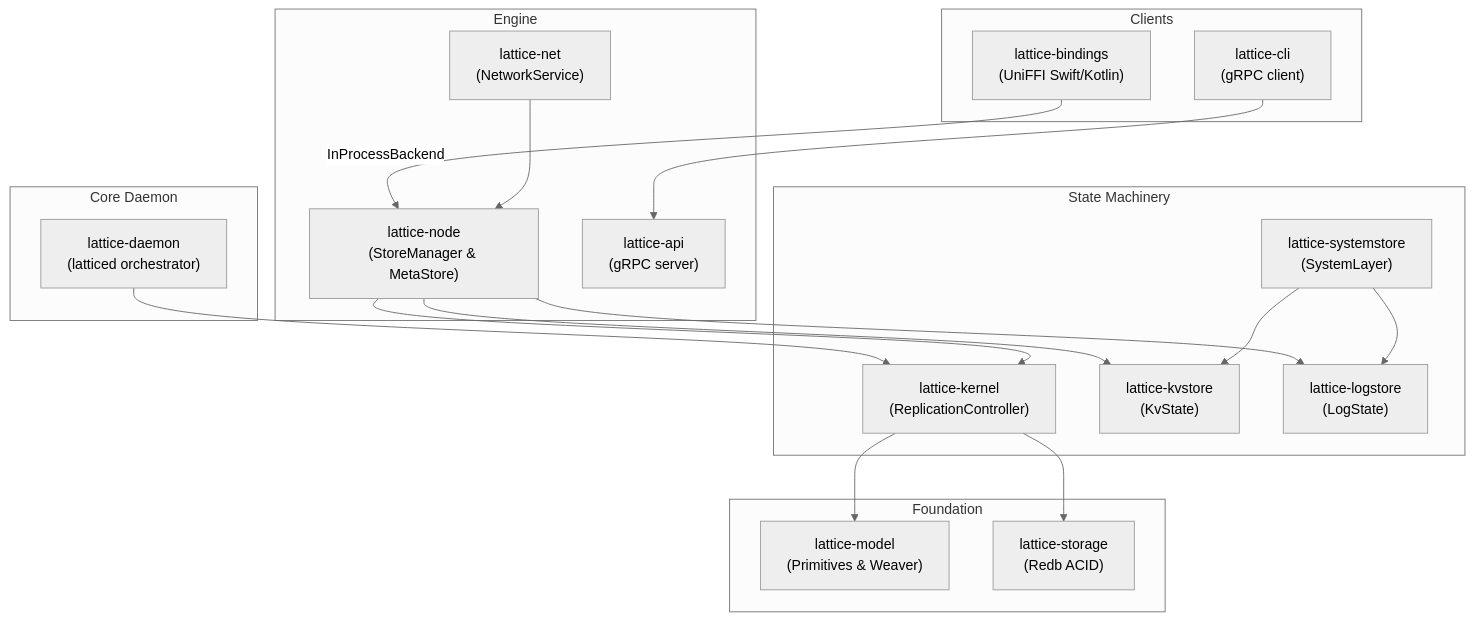
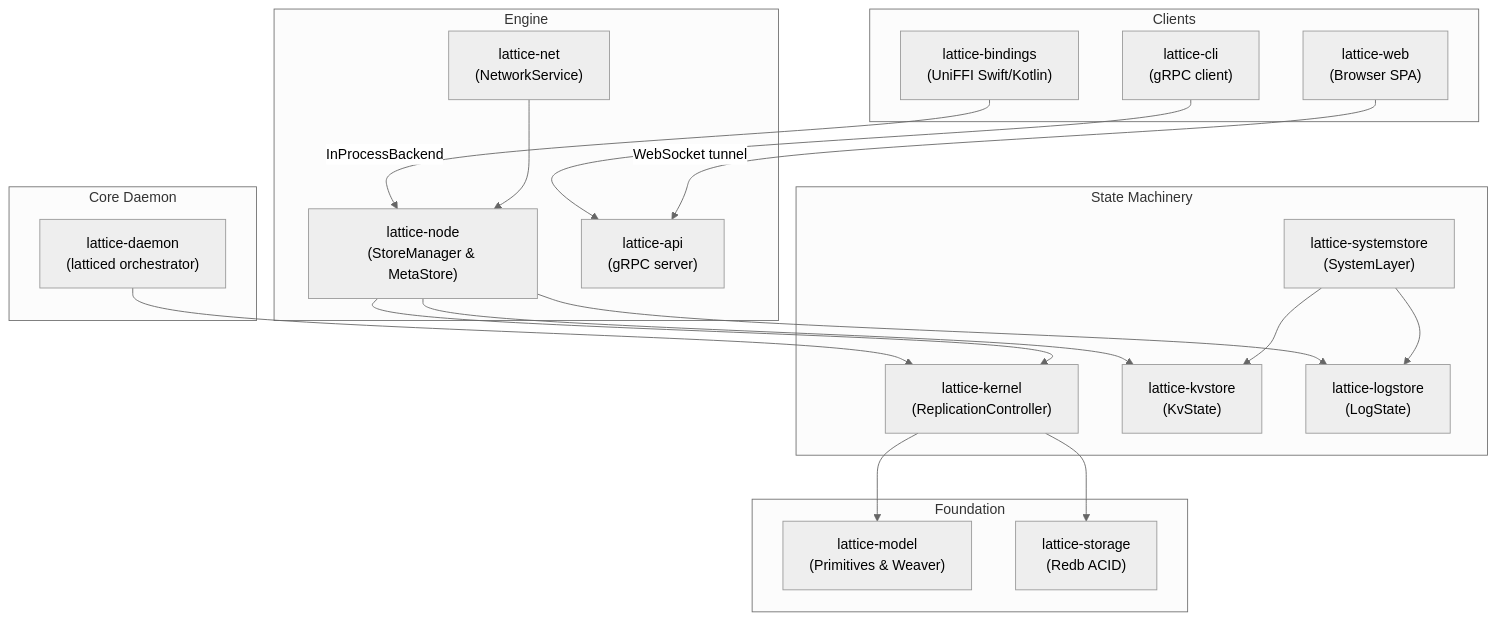
Before and after one commit to lost-tty/lattice: the diagram in docs/content/architecture.md, drawn with Mermaid (neutral theme). The commit also changed other lines of this file and 4 other files, not shown here.

Commit message:
feat: Add web interface documentation and enhance history graph styling

````diff
--- a/docs/content/architecture.md
+++ b/docs/content/architecture.md
@@ -52,41 +52,43 @@
 ```mermaid
 graph TB
     subgraph "Clients"
         CLI["lattice-cli<br/>(gRPC client)"]
+        WEB["lattice-web<br/>(Browser SPA)"]
         MOBILE["lattice-bindings<br/>(UniFFI Swift/Kotlin)"]
     end
     
     subgraph "Core Daemon"
         DAEMON["lattice-daemon<br/>(latticed orchestrator)"]
     end
     
     subgraph "Engine"
         NODE["lattice-node<br/>(StoreManager & MetaStore)"]
         NET["lattice-net<br/>(NetworkService)"]
         RPC["lattice-api<br/>(gRPC server)"]
     end
     
     subgraph "State Machinery"
         KERNEL["lattice-kernel<br/>(ReplicationController)"]
         KV["lattice-kvstore<br/>(KvState)"]
         LOG["lattice-logstore<br/>(LogState)"]
         SYS["lattice-systemstore<br/>(SystemLayer)"]
     end
     
     subgraph "Foundation"
         MODEL["lattice-model<br/>(Primitives & Weaver)"]
         STORAGE["lattice-storage<br/>(Redb ACID)"]
     end
     
     CLI --> RPC
+    WEB -->|WebSocket tunnel| RPC
     MOBILE -->|InProcessBackend| NODE
     DAEMON --> KERNEL
     NODE --> KERNEL
     NODE --> KV
     NODE --> LOG
     NET --> NODE
     KERNEL --> MODEL
     KERNEL --> STORAGE
     SYS --> KV
     SYS --> LOG
 ```
````
